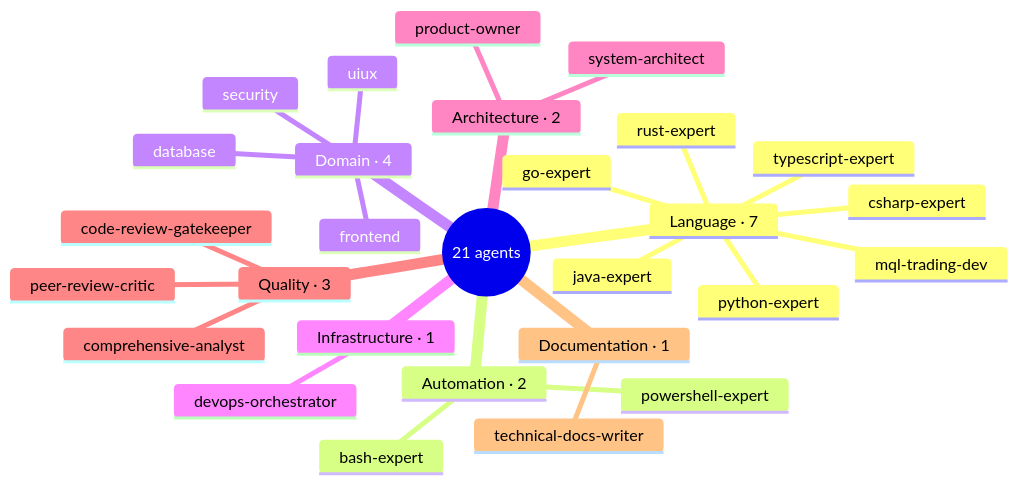
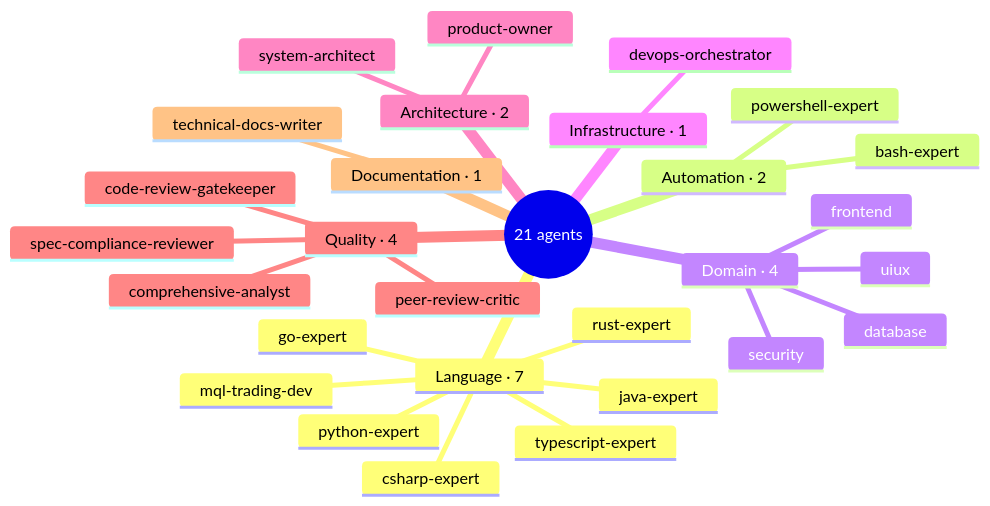
The fifth of 9 diagrams in docs/team-presentation.md (tomas-rampas/claude-agentic-framework), drawn with Mermaid before and after one commit. The commit also changed other lines of this file and 1 other file, not shown here.

Commit message:
fix(docs): finish the 21-agent count sweep; polish pass is once per /build run
The (20)->(21) heading fix left two remnants in the same file: the §3.1
mindmap enumerated only 20 agents (spec-compliance-reviewer missing from
the Quality branch, now Quality · 4) and the §2 flowchart node said
'1 of 20'. Both now read 21, matching the 21 files in agents/.

Also close the wording gap between /build §1 and the skill's
When-to-Apply: the polish pass runs the first time a /build run goes
green, once per run — fix iterations of the review loop don't re-enter it.

Claude-Session: https://claude.ai/code/session_01YKfpxuHkR5Bf1zC8aY5KJm

````diff
--- a/docs/team-presentation.md
+++ b/docs/team-presentation.md
@@ -115,31 +115,32 @@
 ```mermaid
 mindmap
   root((21 agents))
     Language · 7
       rust-expert
       csharp-expert
       go-expert
       java-expert
       python-expert
       typescript-expert
       mql-trading-dev
     Automation · 2
       bash-expert
       powershell-expert
     Domain · 4
       database
       frontend
       security
       uiux
     Infrastructure · 1
       devops-orchestrator
     Architecture · 2
       system-architect
       product-owner
-    Quality · 3
+    Quality · 4
       comprehensive-analyst
       code-review-gatekeeper
       peer-review-critic
+      spec-compliance-reviewer
     Documentation · 1
       technical-docs-writer
 ```
````
